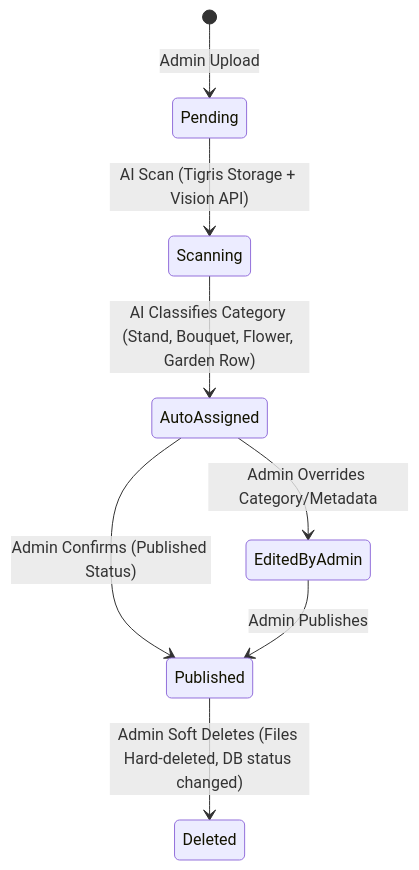
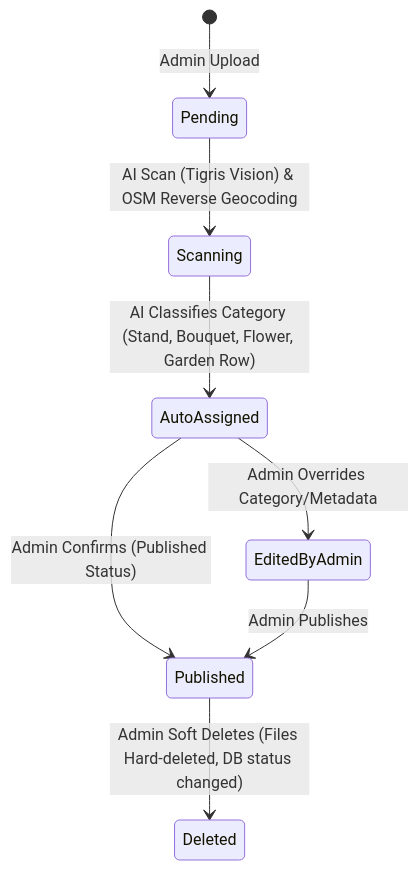
One commit to uffehellum/fleurraine changed the first of 5 diagrams in state.md. Above: the diagram before and after it, drawn with Mermaid. The commit also changed other lines of this file and 5 other files, not shown here.

````diff
--- a/state.md
+++ b/state.md
@@ -15,10 +15,10 @@
 ```mermaid
 stateDiagram-v2
     [*] --> Pending : Admin Upload
-    Pending --> Scanning : AI Scan (Tigris Storage + Vision API)
+    Pending --> Scanning : AI Scan (Tigris Vision) & OSM Reverse Geocoding
     Scanning --> AutoAssigned : AI Classifies Category (Stand, Bouquet, Flower, Garden Row)
     AutoAssigned --> Published : Admin Confirms (Published Status)
     AutoAssigned --> EditedByAdmin : Admin Overrides Category/Metadata
     EditedByAdmin --> Published : Admin Publishes
     Published --> Deleted : Admin Soft Deletes (Files Hard-deleted, DB status changed)
 ```
````
